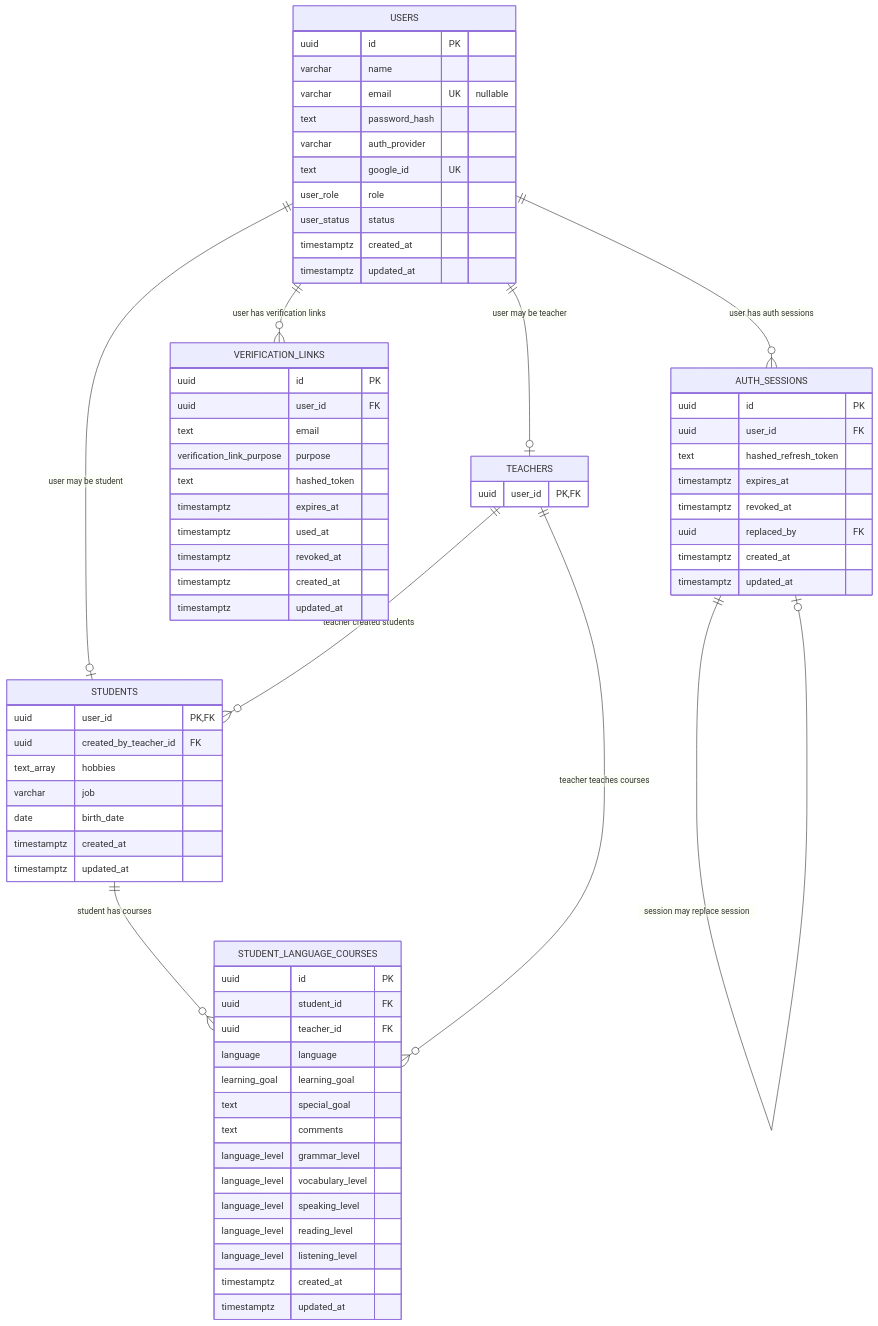
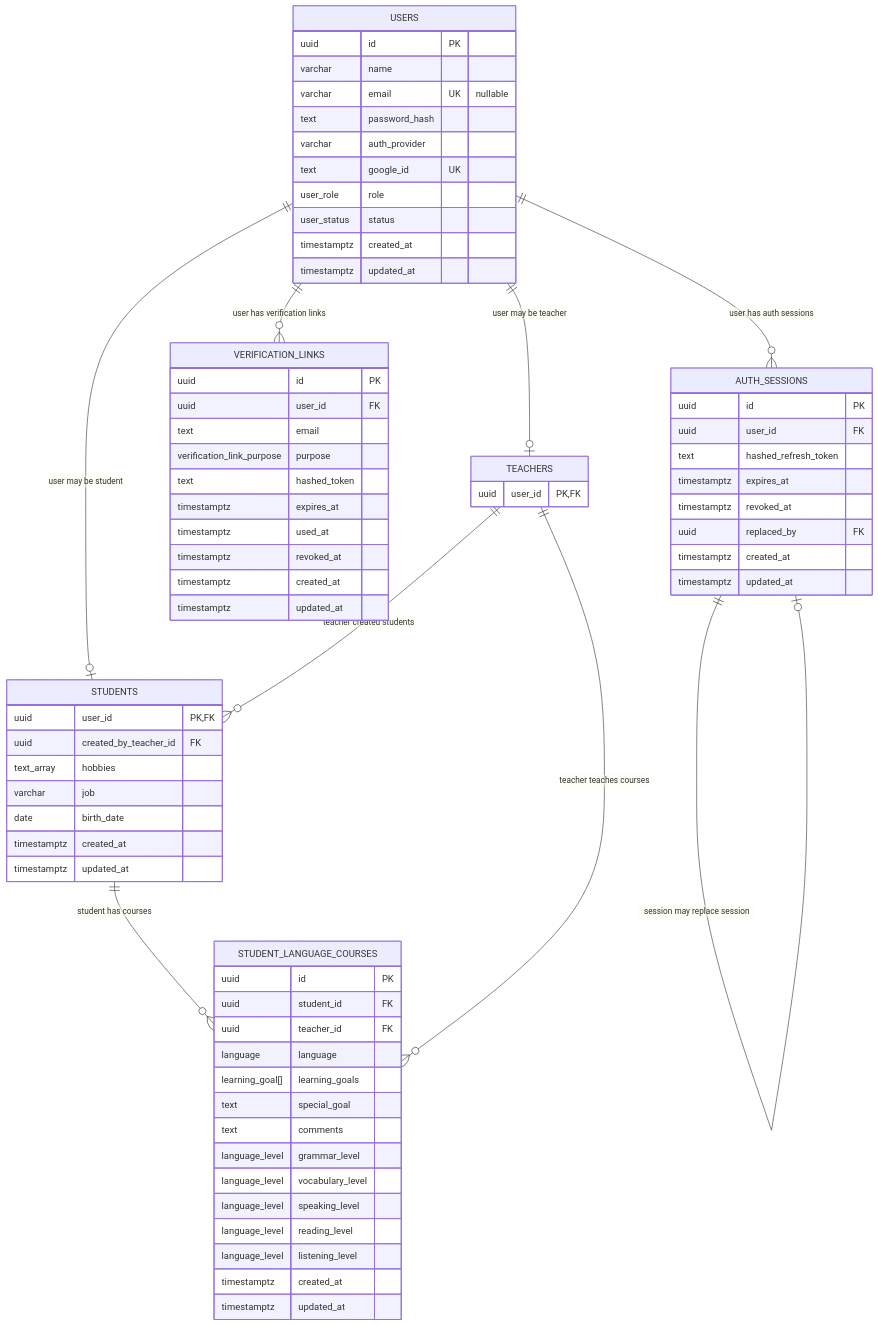
Before and after one commit to KaterynaKocheharova/Practice-app: the diagram in back/docs/db/entities.md, drawn with Mermaid. The commit also changed other lines of this file and 5 other files, not shown here.

````diff
--- a/back/docs/db/entities.md
+++ b/back/docs/db/entities.md
@@ -5,79 +5,79 @@
 ```mermaid
 erDiagram
   USERS {
     uuid id PK
     varchar name
     varchar email UK "nullable"
     text password_hash
     varchar auth_provider
     text google_id UK
     user_role role
     user_status status
     timestamptz created_at
     timestamptz updated_at
   }
 
   AUTH_SESSIONS {
     uuid id PK
     uuid user_id FK
     text hashed_refresh_token
     timestamptz expires_at
     timestamptz revoked_at
     uuid replaced_by FK
     timestamptz created_at
     timestamptz updated_at
   }
 
   VERIFICATION_LINKS {
     uuid id PK
     uuid user_id FK
     text email
     verification_link_purpose purpose
     text hashed_token
     timestamptz expires_at
     timestamptz used_at
     timestamptz revoked_at
     timestamptz created_at
     timestamptz updated_at
   }
 
   TEACHERS {
     uuid user_id PK, FK
   }
 
   STUDENTS {
     uuid user_id PK, FK
     uuid created_by_teacher_id FK
     text_array hobbies
     varchar job
     date birth_date
     timestamptz created_at
     timestamptz updated_at
   }
 
   STUDENT_LANGUAGE_COURSES {
     uuid id PK
     uuid student_id FK
     uuid teacher_id FK
     language language
-    learning_goal learning_goal
+    learning_goal[] learning_goals
     text special_goal
     text comments
     language_level grammar_level
     language_level vocabulary_level
     language_level speaking_level
     language_level reading_level
     language_level listening_level
     timestamptz created_at
     timestamptz updated_at
   }
 
   USERS ||--o| TEACHERS : "user may be teacher"
   USERS ||--o| STUDENTS : "user may be student"
   USERS ||--o{ AUTH_SESSIONS : "user has auth sessions"
   USERS ||--o{ VERIFICATION_LINKS : "user has verification links"
   AUTH_SESSIONS ||--o| AUTH_SESSIONS : "session may replace session"
   TEACHERS ||--o{ STUDENTS : "teacher created students"
   STUDENTS ||--o{ STUDENT_LANGUAGE_COURSES : "student has courses"
   TEACHERS ||--o{ STUDENT_LANGUAGE_COURSES : "teacher teaches courses"
 ```
````
